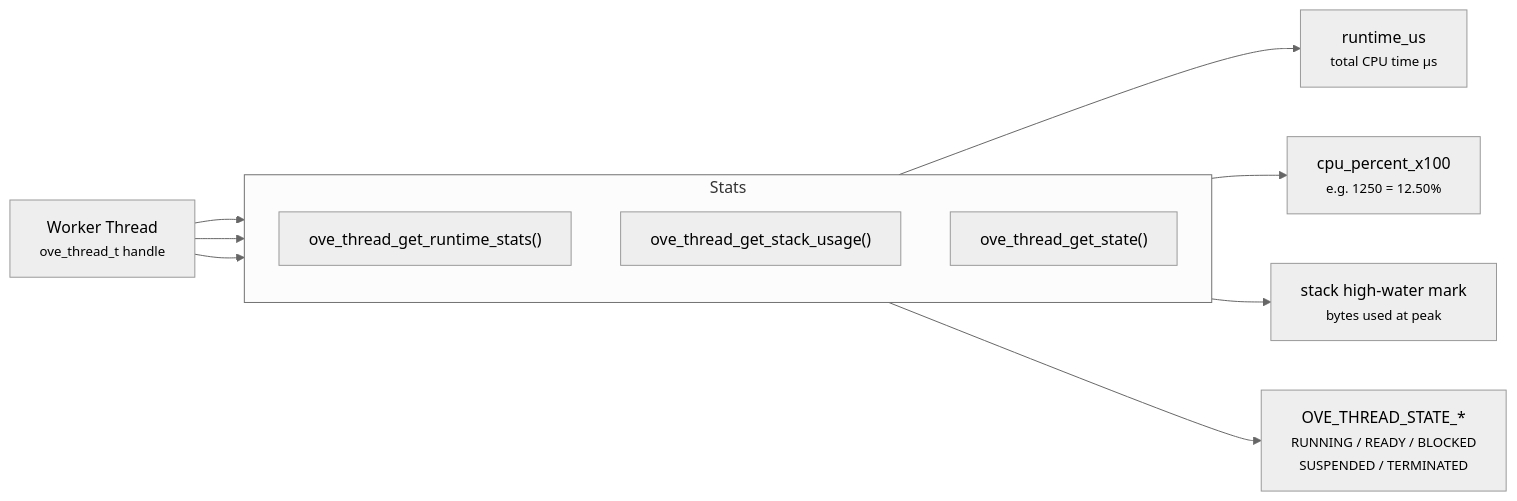
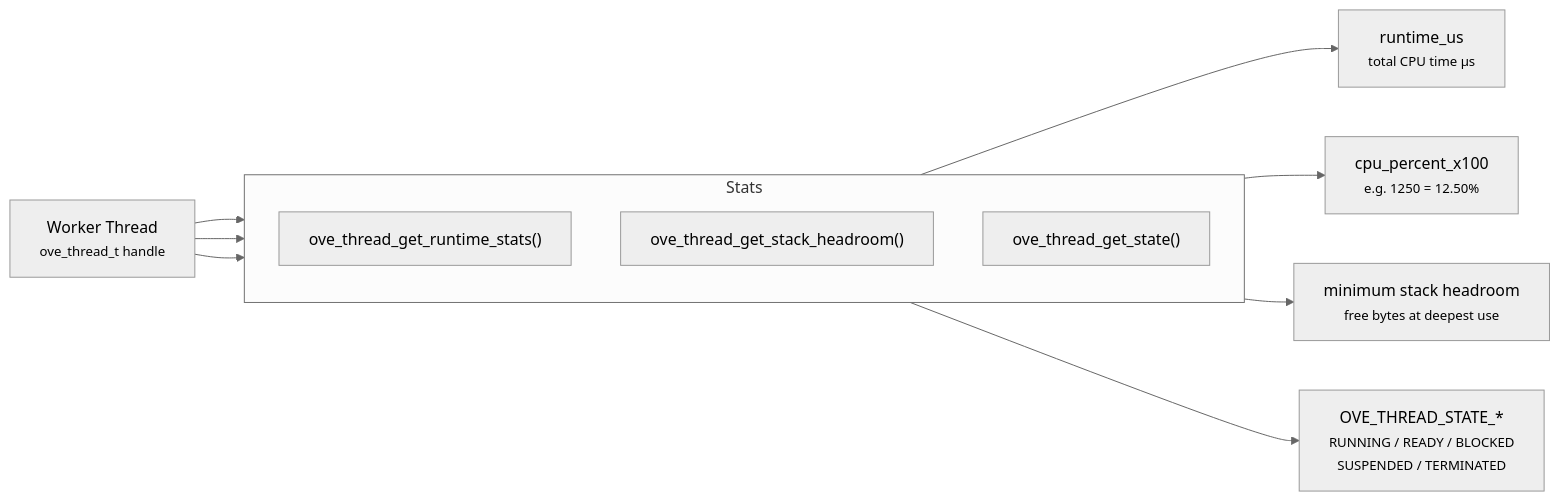
One commit to Varcain/oveRTOS changed the third of 3 diagrams in docs-site/docs/api/threads.md. Above: the diagram before and after it, drawn with Mermaid (neutral theme). The commit also changed other lines of this file and 17 other files, not shown here.

Commit message:
thread: report stack headroom explicitly

````diff
--- a/docs-site/docs/api/threads.md
+++ b/docs-site/docs/api/threads.md
@@ -172,20 +173,20 @@
 ```mermaid
 graph LR
     T["Worker Thread<br/><small>ove_thread_t handle</small>"]
 
     subgraph Stats
         direction TB
         R["ove_thread_get_runtime_stats()"]
-        S["ove_thread_get_stack_usage()"]
+        S["ove_thread_get_stack_headroom()"]
         ST["ove_thread_get_state()"]
     end
 
     T --> R
     T --> S
     T --> ST
 
     R --> RU["runtime_us<br/><small>total CPU time μs</small>"]
     R --> CPU["cpu_percent_x100<br/><small>e.g. 1250 = 12.50%</small>"]
-    S --> HW["stack high-water mark<br/><small>bytes used at peak</small>"]
+    S --> HW["minimum stack headroom<br/><small>free bytes at deepest use</small>"]
     ST --> STATE["OVE_THREAD_STATE_*<br/><small>RUNNING / READY / BLOCKED<br/>SUSPENDED / TERMINATED</small>"]
 ```
````
